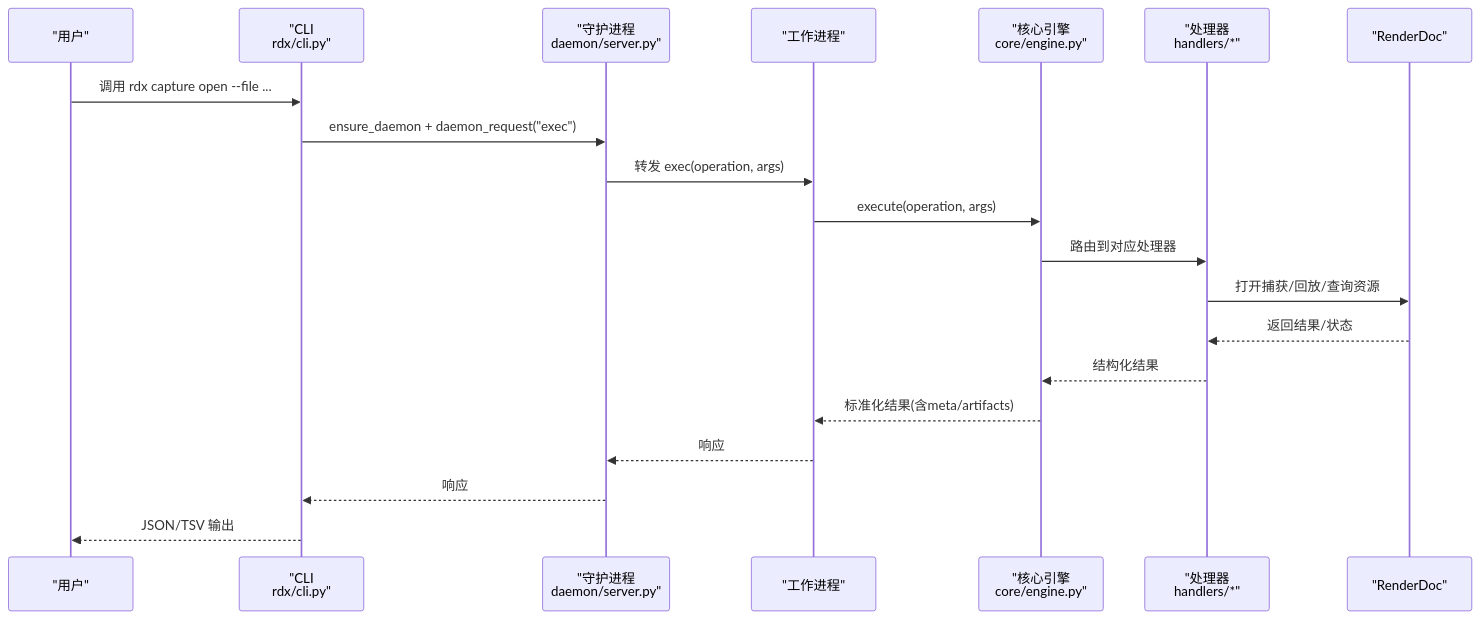
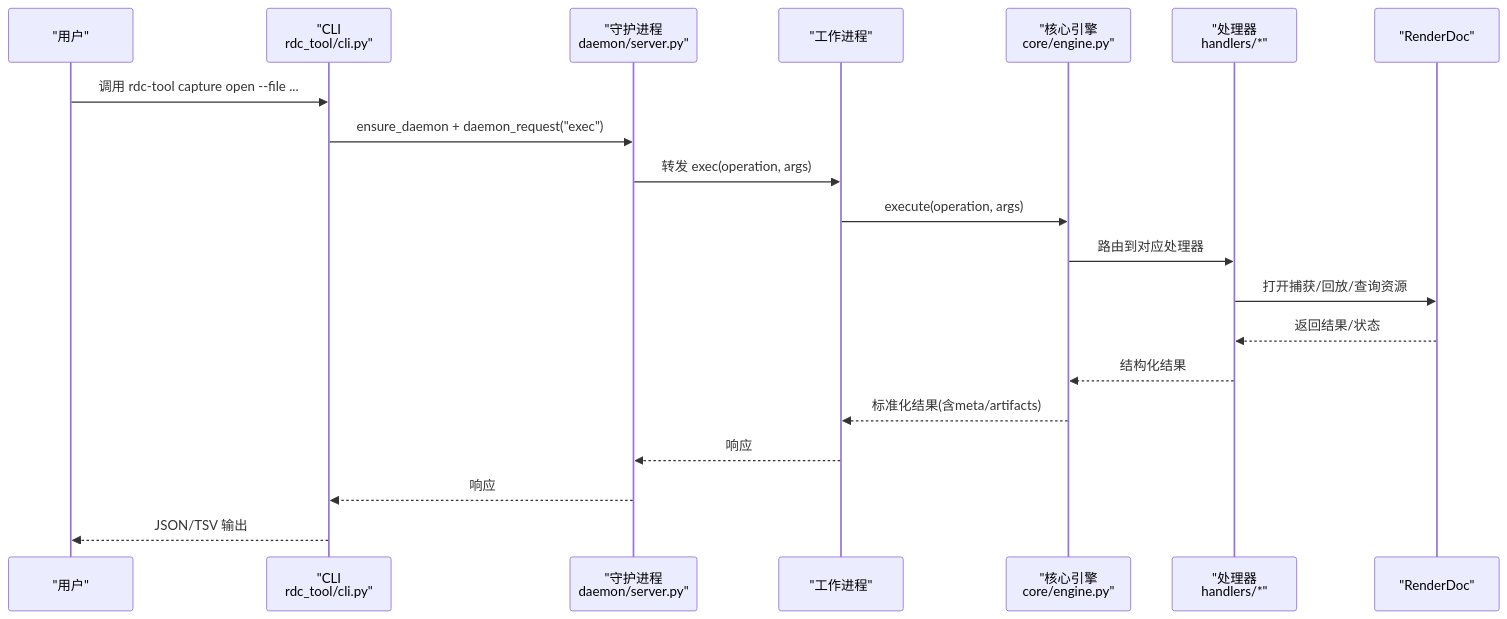
The second of 7 diagrams in .qoder/repowiki/zh/content/项目概述/项目概述.md (haolange/RDC-Tool), drawn with Mermaid before and after one commit. The commit also changed other lines of this file and 388 other files, not shown here.

First line of the commit message:
Release RDC-Tool identity and public maintenance surface

````diff
--- a/.qoder/repowiki/zh/content/项目概述/项目概述.md
+++ b/.qoder/repowiki/zh/content/项目概述/项目概述.md
@@ -95,22 +97,22 @@
 ```mermaid
 sequenceDiagram
 participant U as "用户"
-participant CL as "CLI<br/>rdx/cli.py"
+participant CL as "CLI<br/>rdc_tool/cli.py"
 participant DM as "守护进程<br/>daemon/server.py"
 participant WK as "工作进程"
 participant CE as "核心引擎<br/>core/engine.py"
 participant HD as "处理器<br/>handlers/*"
 participant RD as "RenderDoc"
-U->>CL : 调用 rdx capture open --file ...
+U->>CL : 调用 rdc-tool capture open --file ...
 CL->>DM : ensure_daemon + daemon_request("exec")
 DM->>WK : 转发 exec(operation, args)
 WK->>CE : execute(operation, args)
 CE->>HD : 路由到对应处理器
 HD->>RD : 打开捕获/回放/查询资源
 RD-->>HD : 返回结果/状态
 HD-->>CE : 结构化结果
 CE-->>WK : 标准化结果(含meta/artifacts)
 WK-->>DM : 响应
 DM-->>CL : 响应
 CL-->>U : JSON/TSV 输出
 ```
````
